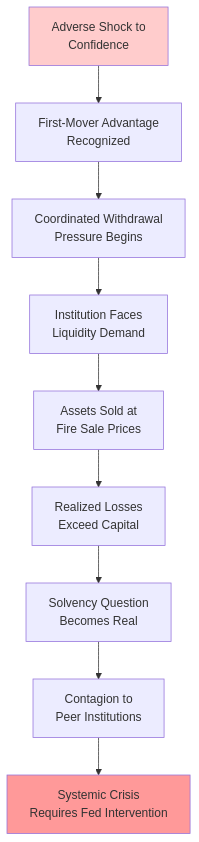
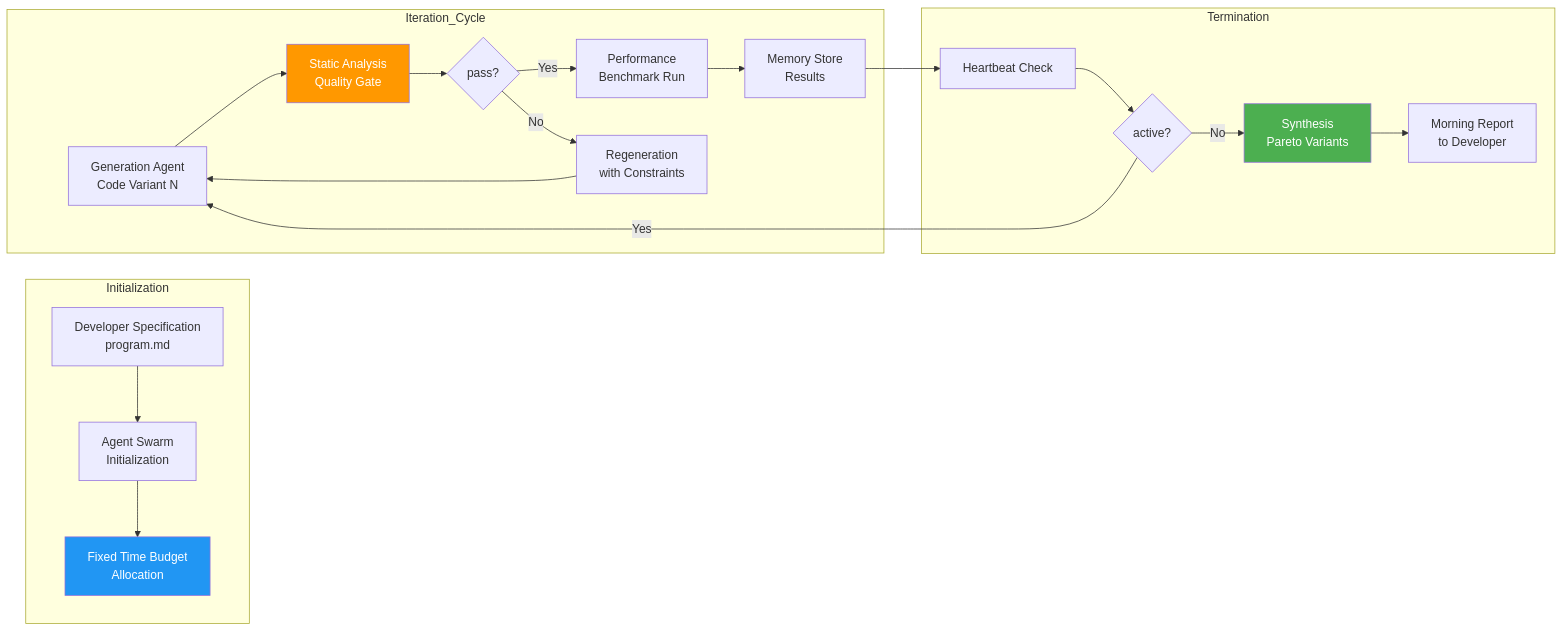
The third of 4 diagrams in workspace/report-content.md (Saptarshie/DeepResearch), drawn with Mermaid before and after one commit. The commit also changed other lines of this file and 14 other files, not shown here.

````diff
--- a/workspace/report-content.md
+++ b/workspace/report-content.md
@@ -898,14 +597,28 @@
 ```mermaid
-flowchart TD
-    A[Adverse Shock to<br/>Confidence] --> B[First-Mover Advantage<br/>Recognized]
-    B --> C[Coordinated Withdrawal<br/>Pressure Begins]
-    C --> D[Institution Faces<br/>Liquidity Demand]
-    D --> E[Assets Sold at<br/>Fire Sale Prices]
-    E --> F[Realized Losses<br/>Exceed Capital]
-    F --> G[Solvency Question<br/>Becomes Real]
-    G --> H[Contagion to<br/>Peer Institutions]
-    H --> I[Systemic Crisis<br/>Requires Fed Intervention]
+flowchart LR
+    subgraph Initialization
+        A["Developer Specification<br/>program.md"] --> B["Agent Swarm<br/>Initialization"]
+        B --> C["Fixed Time Budget<br/>Allocation"]
+    end
     
-    style A fill:#ffcccc
-    style I fill:#ff9999
+    subgraph Iteration_Cycle
+        D["Generation Agent<br/>Code Variant N"] --> E["Static Analysis<br/>Quality Gate"]
+        E --> F{"pass?"}
+        F -->|Yes| G["Performance<br/>Benchmark Run"]
+        F -->|No| H["Regeneration<br/>with Constraints"]
+        G --> I["Memory Store<br/>Results"]
+        H --> D
+    end
+    
+    subgraph Termination
+        I --> J[Heartbeat Check]
+        J --> K{"active?"}
+        K -->|Yes| D
+        K -->|No| L["Synthesis<br/>Pareto Variants"]
+        L --> M["Morning Report<br/>to Developer"]
+    end
+    
+    style C fill:#2196F3,color:#fff
+    style E fill:#FF9800,color:#fff
+    style L fill:#4CAF50,color:#fff
 ```
````
